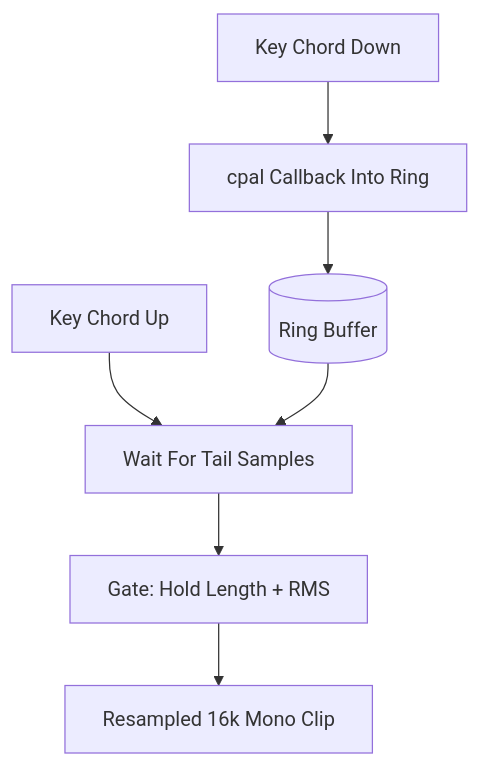
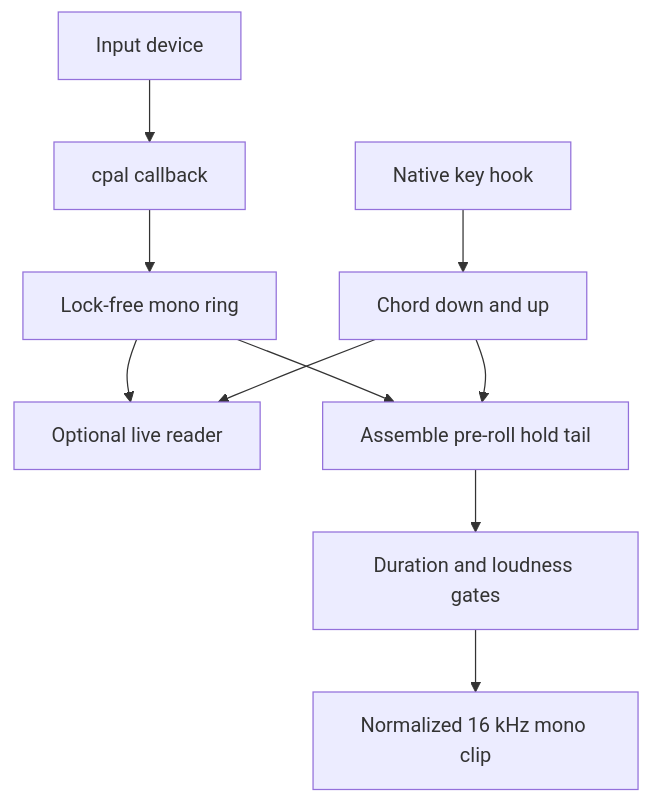
The diagram in Docs/features/AUDIO_CAPTURE.md (BoardPandas/Hark), drawn with Mermaid before and after one commit. The commit also changed other lines of this file and 25 other files, not shown here.

````diff
--- a/Docs/features/AUDIO_CAPTURE.md
+++ b/Docs/features/AUDIO_CAPTURE.md
@@ -33,9 +34,12 @@
 ```mermaid
 graph TD
-    KeyDown["Key Chord Down"] --> Capture["cpal Callback Into Ring"]
-    Capture --> Ring[("Ring Buffer")]
-    KeyUp["Key Chord Up"] --> Tail["Wait For Tail Samples"]
-    Ring --> Tail
-    Tail --> Trim["Gate: Hold Length + RMS"]
-    Trim --> Clip["Resampled 16k Mono Clip"]
+    Device["Input device"] --> Callback["cpal callback"]
+    Callback --> Ring["Lock-free mono ring"]
+    Hook["Native key hook"] --> Edges["Chord down and up"]
+    Ring --> Stream["Optional live reader"]
+    Ring --> Assemble["Assemble pre-roll hold tail"]
+    Edges --> Stream
+    Edges --> Assemble
+    Assemble --> Gate["Duration and loudness gates"]
+    Gate --> Clip["Normalized 16 kHz mono clip"]
 ```
````
